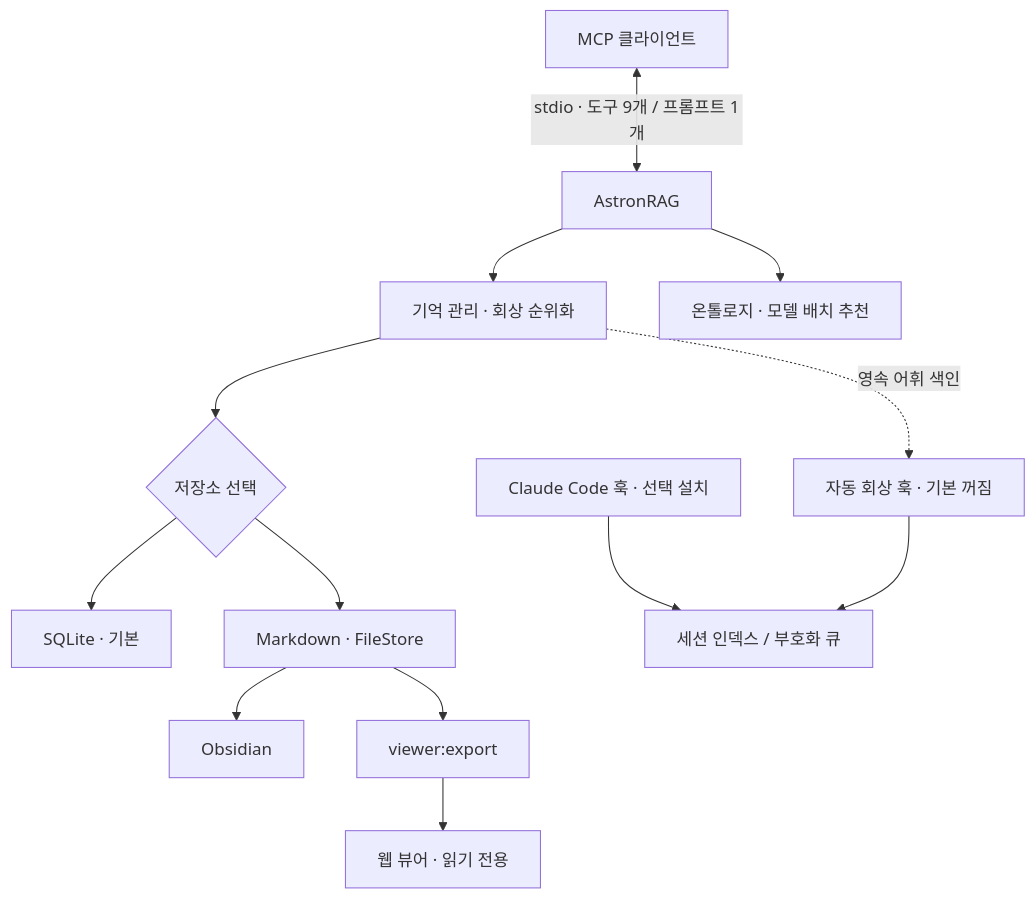
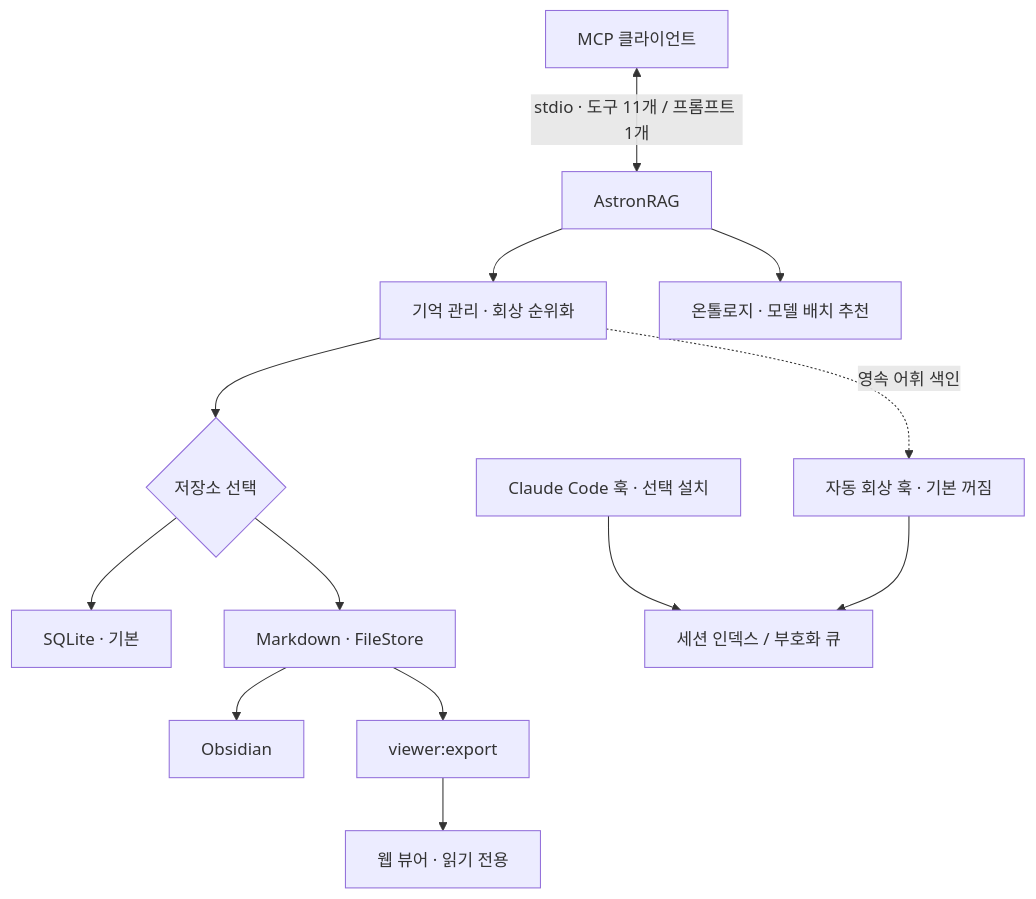
Before and after one commit to EcoKG/AstronRAG: the first of 2 diagrams in README.md, drawn with Mermaid. The commit also changed other lines of this file and 27 other files, not shown here.

````diff
--- a/README.md
+++ b/README.md
@@ -31,15 +31,15 @@
 ```mermaid
 flowchart TB
-	Client["MCP 클라이언트"] <-->|"stdio · 도구 9개 / 프롬프트 1개"| Server["AstronRAG"]
+	Client["MCP 클라이언트"] <-->|"stdio · 도구 11개 / 프롬프트 1개"| Server["AstronRAG"]
 	Server --> Memory["기억 관리 · 회상 순위화"]
 	Memory --> Backend{"저장소 선택"}
 	Backend --> SQLite["SQLite · 기본"]
 	Backend --> Files["Markdown · FileStore"]
 	Files --> Obsidian["Obsidian"]
 	Files --> Export["viewer:export"]
 	Export --> Viewer["웹 뷰어 · 읽기 전용"]
 	Server --> Ontology["온톨로지 · 모델 배치 추천"]
 	Hooks["Claude Code 훅 · 선택 설치"] --> Context["세션 인덱스 / 부호화 큐"]
 	Memory -.->|"영속 어휘 색인"| Auto["자동 회상 훅 · 기본 꺼짐"]
 	Auto --> Context
 ```
````
